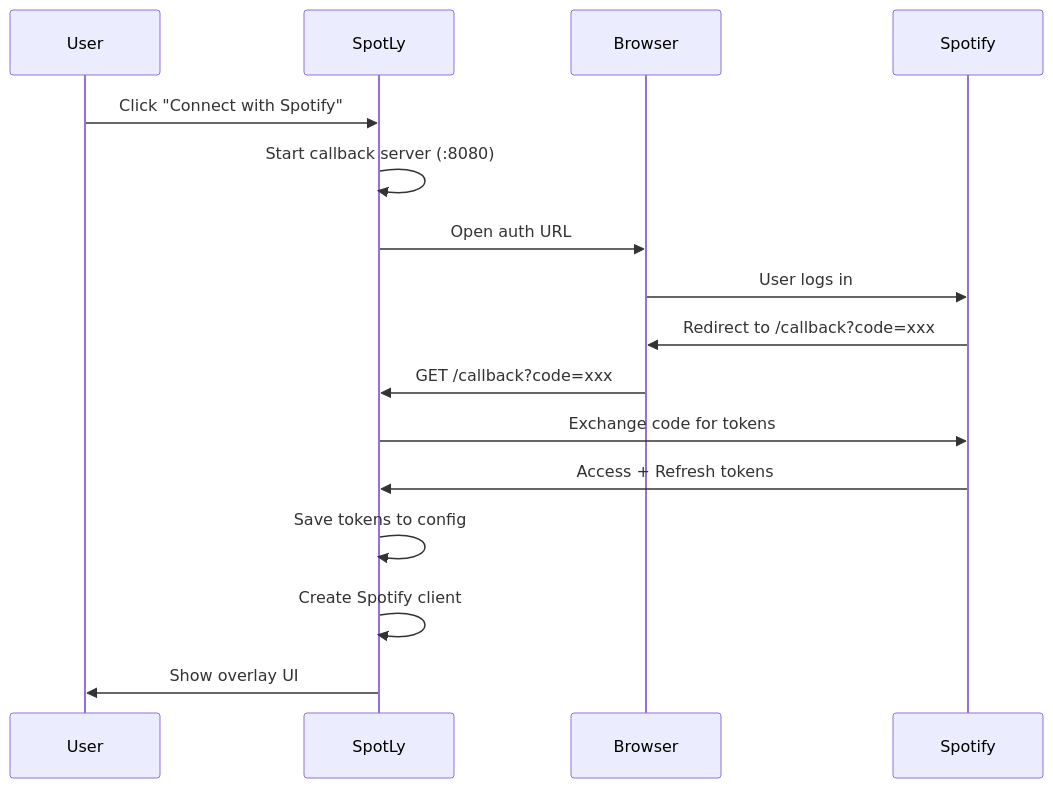
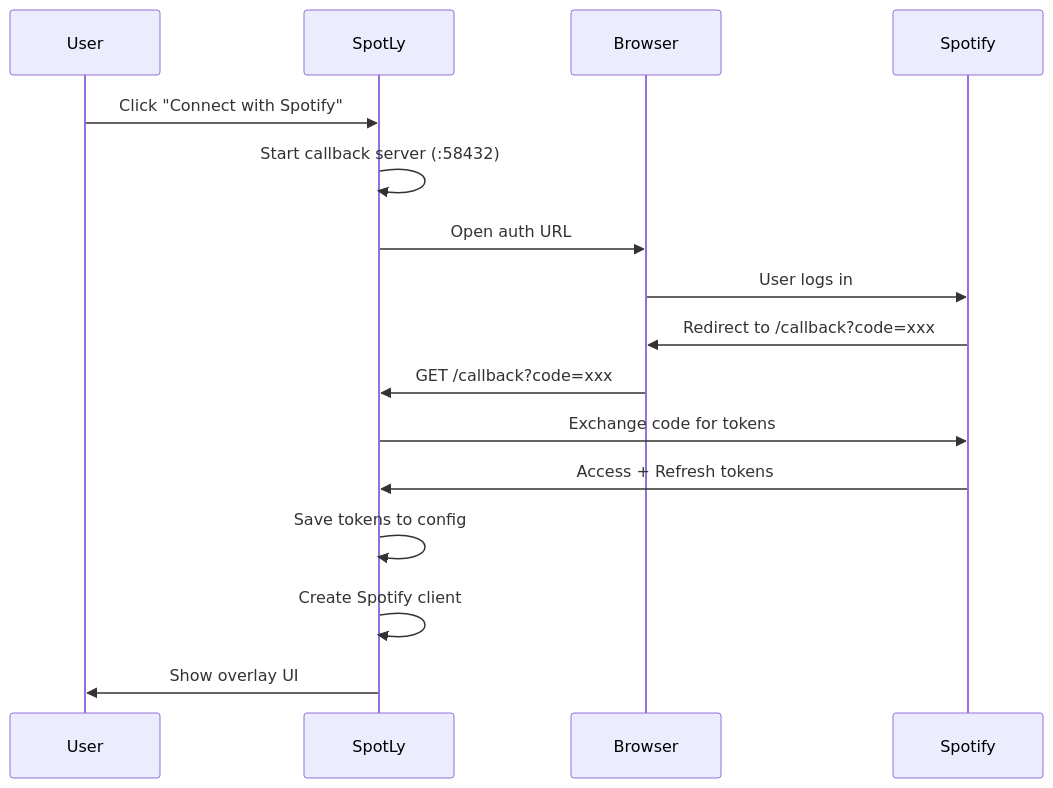
The first of 5 diagrams in docs/DATA_FLOW.md (Skufu/lyrics-overlay), drawn with Mermaid before and after one commit. The commit also changed 25 other files, not shown here.

````diff
--- a/docs/DATA_FLOW.md
+++ b/docs/DATA_FLOW.md
@@ -9,19 +9,19 @@
 ```mermaid
 sequenceDiagram
     participant User
     participant SpotLy
     participant Browser
     participant Spotify
     
     User->>SpotLy: Click "Connect with Spotify"
-    SpotLy->>SpotLy: Start callback server (:8080)
+    SpotLy->>SpotLy: Start callback server (:58432)
     SpotLy->>Browser: Open auth URL
     Browser->>Spotify: User logs in
     Spotify->>Browser: Redirect to /callback?code=xxx
     Browser->>SpotLy: GET /callback?code=xxx
     SpotLy->>Spotify: Exchange code for tokens
     Spotify->>SpotLy: Access + Refresh tokens
     SpotLy->>SpotLy: Save tokens to config
     SpotLy->>SpotLy: Create Spotify client
     SpotLy->>User: Show overlay UI
 ```
````
